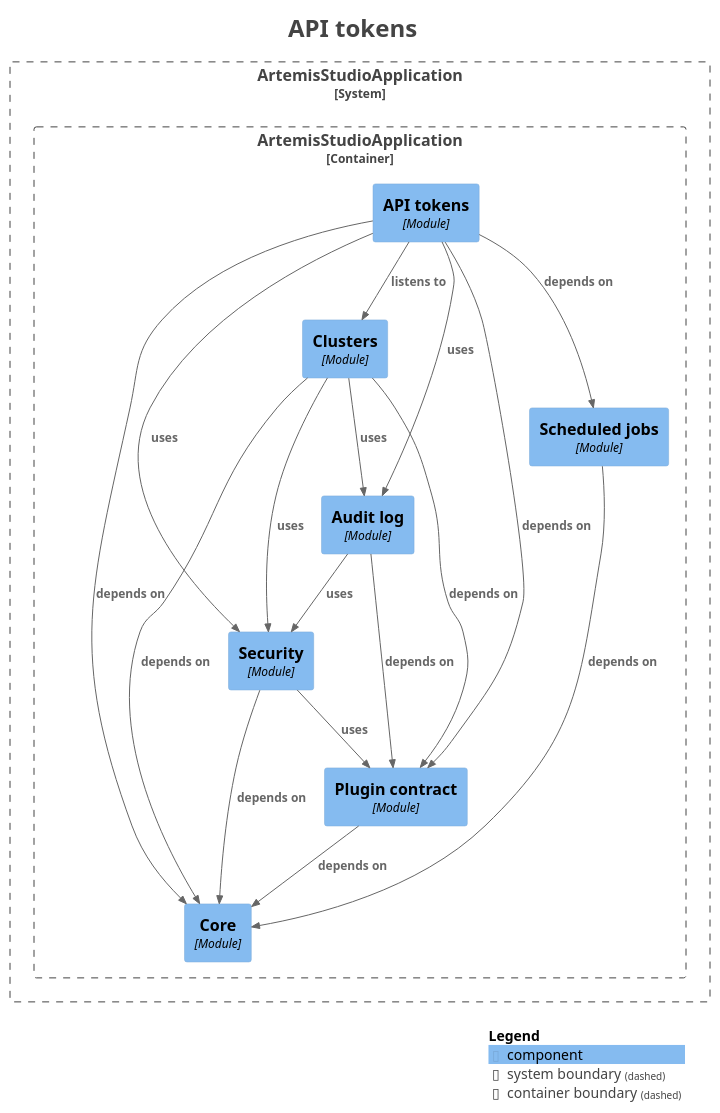
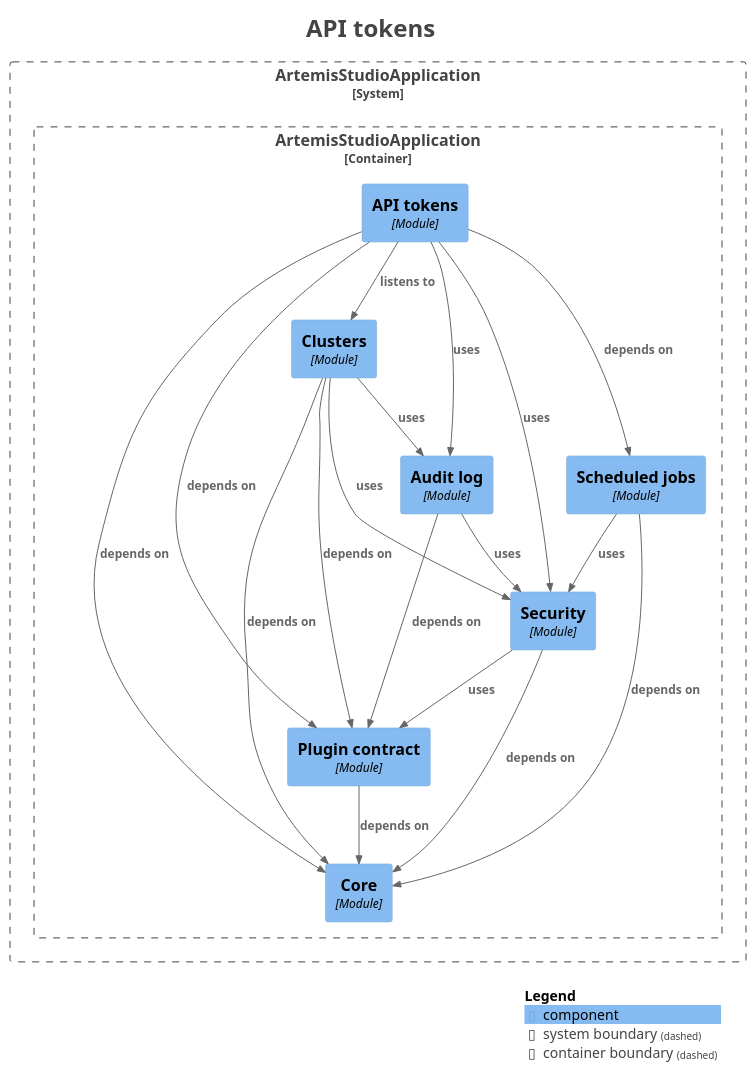
One commit to sudoitir/artemis-studio changed the diagram in docs/modules/module-feature.apitokens.puml. Above: the diagram before and after it, drawn with PlantUML. The commit also changed 29 other files, not shown here.

```diff
--- a/docs/modules/module-feature.apitokens.puml
+++ b/docs/modules/module-feature.apitokens.puml
@@ -1,50 +1,51 @@
 @startuml
 title <size:24>API tokens</size>
 
 set separator none
 top to bottom direction
 
 <style>
   root {
     BackgroundColor: #ffffff
     FontColor: #444444
   }
 </style>
 
 !include <C4/C4>
 !include <C4/C4_Context>
 !include <C4/C4_Component>
 
 System_Boundary("ArtemisStudioApplication_boundary", "ArtemisStudioApplication", $tags="") {
   Container_Boundary("ArtemisStudioApplication.ArtemisStudioApplication_boundary", "ArtemisStudioApplication", $tags="") {
     Component(ArtemisStudioApplication.ArtemisStudioApplication.Clusters, "Clusters", $techn="Module", $descr="", $tags="", $link="")
     Component(ArtemisStudioApplication.ArtemisStudioApplication.APItokens, "API tokens", $techn="Module", $descr="", $tags="", $link="")
     Component(ArtemisStudioApplication.ArtemisStudioApplication.Core, "Core", $techn="Module", $descr="", $tags="", $link="")
-    Component(ArtemisStudioApplication.ArtemisStudioApplication.Scheduledjobs, "Scheduled jobs", $techn="Module", $descr="", $tags="", $link="")
     Component(ArtemisStudioApplication.ArtemisStudioApplication.Plugincontract, "Plugin contract", $techn="Module", $descr="", $tags="", $link="")
     Component(ArtemisStudioApplication.ArtemisStudioApplication.Security, "Security", $techn="Module", $descr="", $tags="", $link="")
     Component(ArtemisStudioApplication.ArtemisStudioApplication.Auditlog, "Audit log", $techn="Module", $descr="", $tags="", $link="")
+    Component(ArtemisStudioApplication.ArtemisStudioApplication.Scheduledjobs, "Scheduled jobs", $techn="Module", $descr="", $tags="", $link="")
   }
 
 }
 
 Rel(ArtemisStudioApplication.ArtemisStudioApplication.APItokens, ArtemisStudioApplication.ArtemisStudioApplication.Auditlog, "uses", $techn="", $tags="", $link="")
 Rel(ArtemisStudioApplication.ArtemisStudioApplication.APItokens, ArtemisStudioApplication.ArtemisStudioApplication.Clusters, "listens to", $techn="", $tags="", $link="")
 Rel(ArtemisStudioApplication.ArtemisStudioApplication.APItokens, ArtemisStudioApplication.ArtemisStudioApplication.Core, "depends on", $techn="", $tags="", $link="")
 Rel(ArtemisStudioApplication.ArtemisStudioApplication.APItokens, ArtemisStudioApplication.ArtemisStudioApplication.Plugincontract, "depends on", $techn="", $tags="", $link="")
 Rel(ArtemisStudioApplication.ArtemisStudioApplication.APItokens, ArtemisStudioApplication.ArtemisStudioApplication.Scheduledjobs, "depends on", $techn="", $tags="", $link="")
 Rel(ArtemisStudioApplication.ArtemisStudioApplication.APItokens, ArtemisStudioApplication.ArtemisStudioApplication.Security, "uses", $techn="", $tags="", $link="")
 Rel(ArtemisStudioApplication.ArtemisStudioApplication.Auditlog, ArtemisStudioApplication.ArtemisStudioApplication.Plugincontract, "depends on", $techn="", $tags="", $link="")
 Rel(ArtemisStudioApplication.ArtemisStudioApplication.Auditlog, ArtemisStudioApplication.ArtemisStudioApplication.Security, "uses", $techn="", $tags="", $link="")
 Rel(ArtemisStudioApplication.ArtemisStudioApplication.Clusters, ArtemisStudioApplication.ArtemisStudioApplication.Auditlog, "uses", $techn="", $tags="", $link="")
 Rel(ArtemisStudioApplication.ArtemisStudioApplication.Clusters, ArtemisStudioApplication.ArtemisStudioApplication.Core, "depends on", $techn="", $tags="", $link="")
 Rel(ArtemisStudioApplication.ArtemisStudioApplication.Clusters, ArtemisStudioApplication.ArtemisStudioApplication.Plugincontract, "depends on", $techn="", $tags="", $link="")
 Rel(ArtemisStudioApplication.ArtemisStudioApplication.Clusters, ArtemisStudioApplication.ArtemisStudioApplication.Security, "uses", $techn="", $tags="", $link="")
 Rel(ArtemisStudioApplication.ArtemisStudioApplication.Plugincontract, ArtemisStudioApplication.ArtemisStudioApplication.Core, "depends on", $techn="", $tags="", $link="")
 Rel(ArtemisStudioApplication.ArtemisStudioApplication.Scheduledjobs, ArtemisStudioApplication.ArtemisStudioApplication.Core, "depends on", $techn="", $tags="", $link="")
+Rel(ArtemisStudioApplication.ArtemisStudioApplication.Scheduledjobs, ArtemisStudioApplication.ArtemisStudioApplication.Security, "uses", $techn="", $tags="", $link="")
 Rel(ArtemisStudioApplication.ArtemisStudioApplication.Security, ArtemisStudioApplication.ArtemisStudioApplication.Core, "depends on", $techn="", $tags="", $link="")
 Rel(ArtemisStudioApplication.ArtemisStudioApplication.Security, ArtemisStudioApplication.ArtemisStudioApplication.Plugincontract, "uses", $techn="", $tags="", $link="")
 
 SHOW_LEGEND(true)
 hide stereotypes
 @enduml
```
